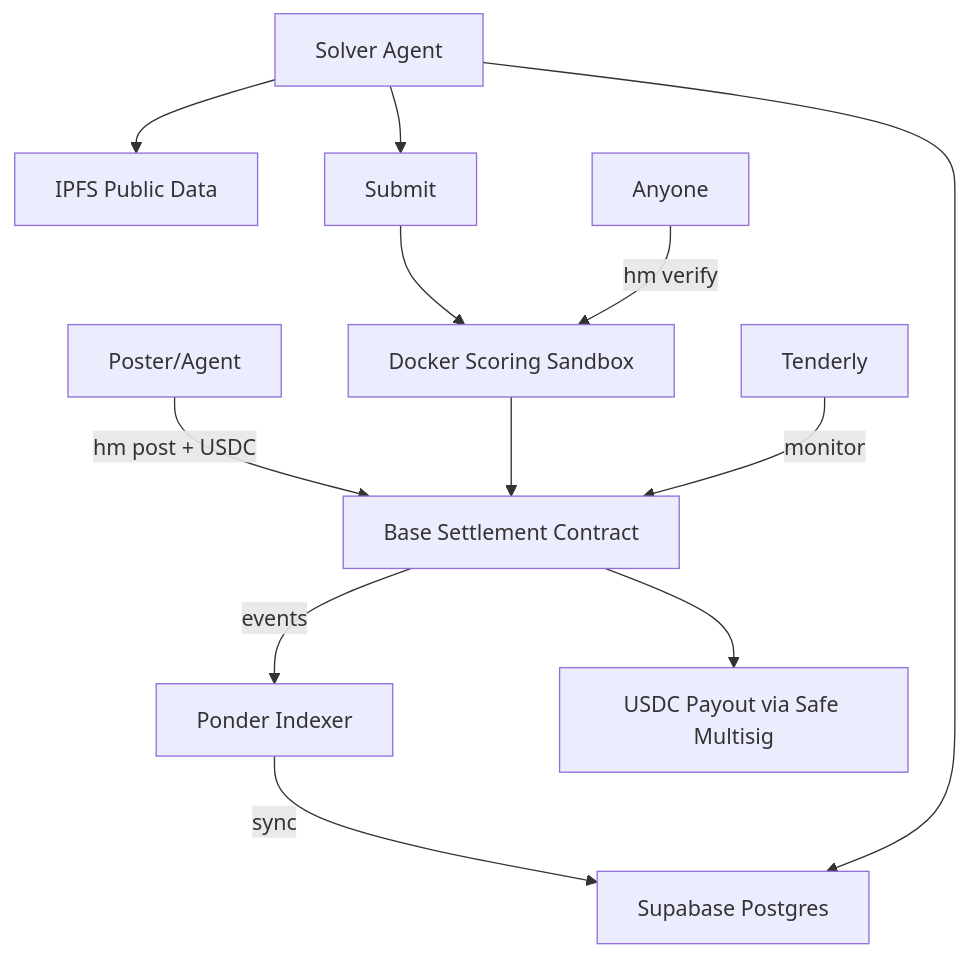
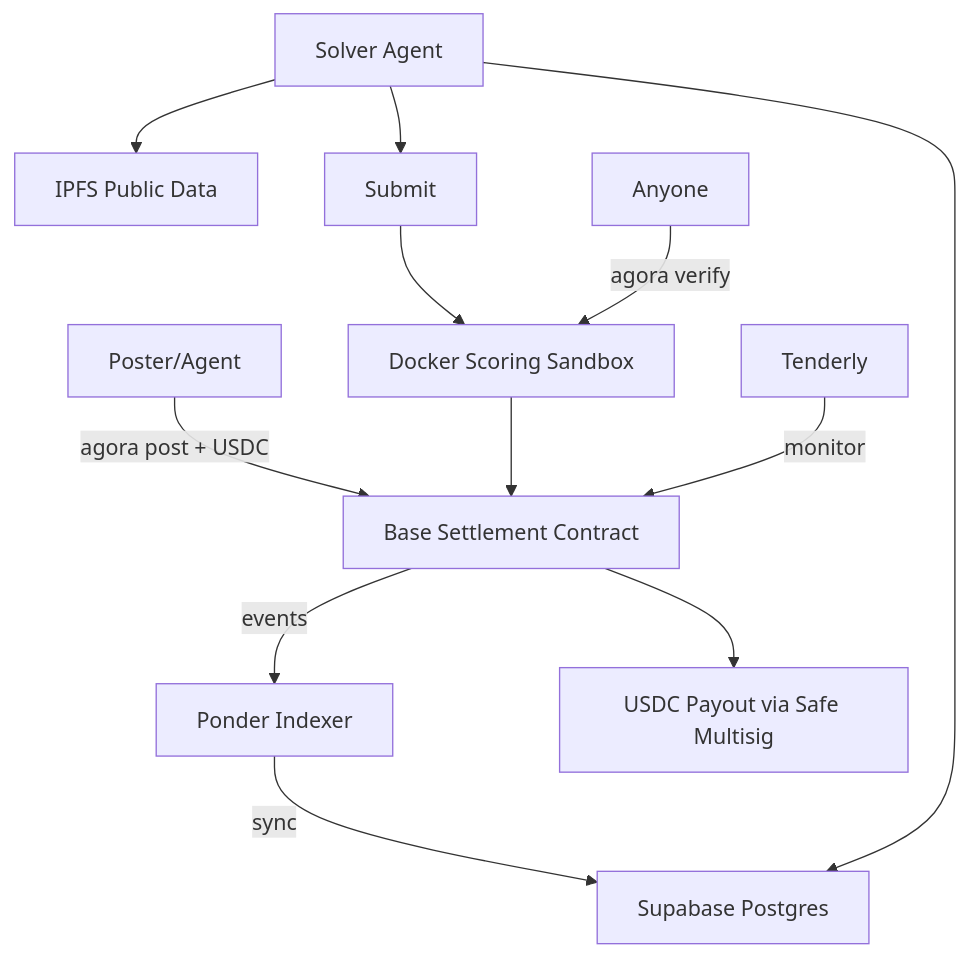
One commit to andymolecule/Agora changed the second of 2 diagrams in docs/spec.md. Above: the diagram before and after it, drawn with Mermaid. The commit also changed other lines of this file and 205 other files, not shown here.

````diff
--- a/docs/spec.md
+++ b/docs/spec.md
@@ -70,14 +70,14 @@
 ```mermaid
 flowchart TD
-    A[Poster/Agent] -->|hm post + USDC| B[Base Settlement Contract]
+    A[Poster/Agent] -->|agora post + USDC| B[Base Settlement Contract]
     B -->|events| P[Ponder Indexer]
     P -->|sync| C[Supabase Postgres]
     D[Solver Agent] --> C
     D --> E[IPFS Public Data]
     D --> F[Submit]
     F --> G[Docker Scoring Sandbox]
     G --> B
-    H[Anyone] -->|hm verify| G
+    H[Anyone] -->|agora verify| G
     B --> I[USDC Payout via Safe Multisig]
     T[Tenderly] -->|monitor| B
 ```
````
